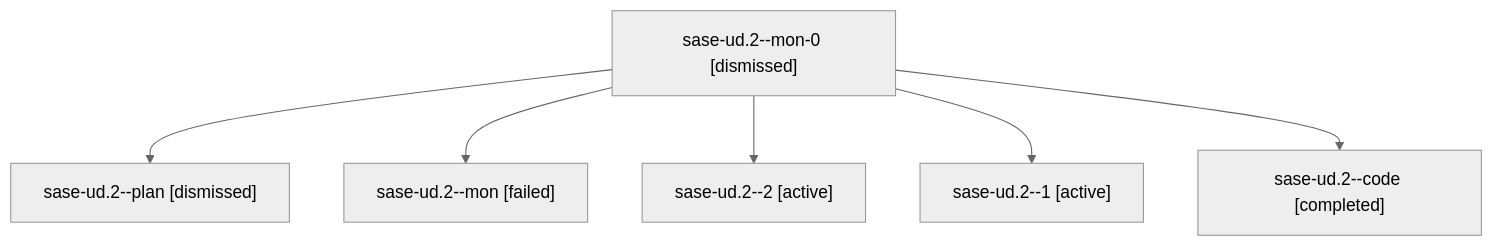
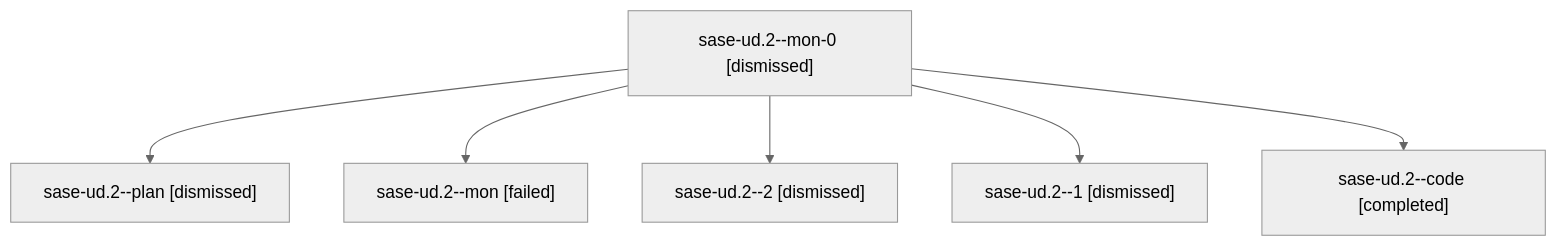
One commit to sase-org/sase--agents changed the diagram in sessions/bbugyi200.athena.sase-ud.2.md. Above: the diagram before and after it, drawn with Mermaid (neutral theme). The commit also changed other lines of this file and 380 other files, not shown here.

````diff
--- a/sessions/bbugyi200.athena.sase-ud.2.md
+++ b/sessions/bbugyi200.athena.sase-ud.2.md
@@ -9,14 +9,14 @@
 ```mermaid
 flowchart TD
   n0["sase-ud.2--mon-0 [dismissed]"]
   n1["sase-ud.2--plan [dismissed]"]
   n0 --> n1
   n2["sase-ud.2--mon [failed]"]
   n0 --> n2
-  n3["sase-ud.2--2 [active]"]
+  n3["sase-ud.2--2 [dismissed]"]
   n0 --> n3
-  n4["sase-ud.2--1 [active]"]
+  n4["sase-ud.2--1 [dismissed]"]
   n0 --> n4
   n5["sase-ud.2--code [completed]"]
   n0 --> n5
 ```
````
